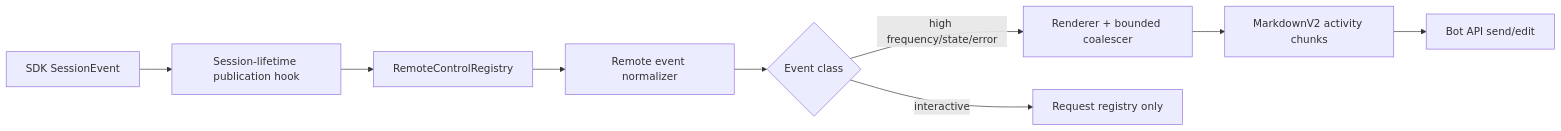
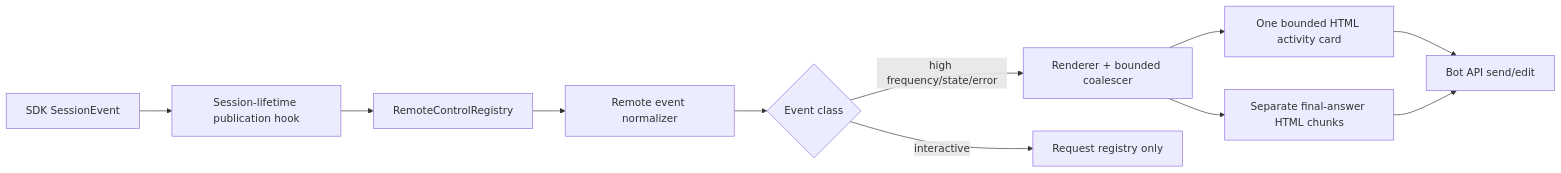
One commit to SachiHarshitha/vscode-telegram changed diagram 13 of 16 in extensions/copilot/docs/telegram-remote/CALL_FLOWS.md. Above: the diagram before and after it, drawn with Mermaid. The commit also changed other lines of this file and 52 other files, not shown here.

````diff
--- a/extensions/copilot/docs/telegram-remote/CALL_FLOWS.md
+++ b/extensions/copilot/docs/telegram-remote/CALL_FLOWS.md
@@ -300,11 +358,13 @@
 ```mermaid
 flowchart LR
     A[SDK SessionEvent] --> B[Session-lifetime publication hook]
     B --> C[RemoteControlRegistry]
     C --> N[Remote event normalizer]
     N --> D{Event class}
 	D -->|high frequency/state/error| E[Renderer + bounded coalescer]
 	D -->|interactive| F[Request registry only]
-	E --> H[MarkdownV2 activity chunks]
+	E --> H[One bounded HTML activity card]
+	E --> J[Separate final-answer HTML chunks]
 	H --> I[Bot API send/edit]
+	J --> I
 ```
````
